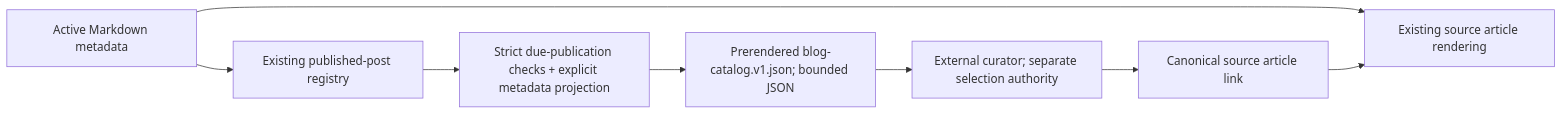
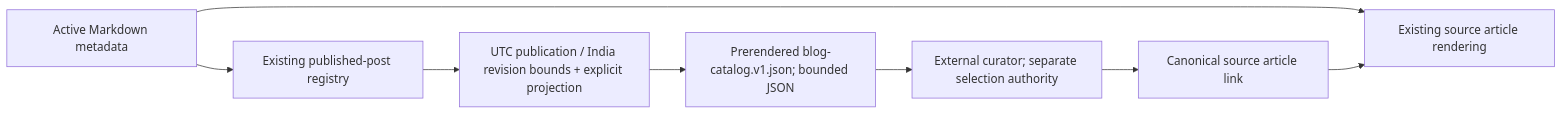
One commit to suvrotica/suvroghosh-in changed the sixth of 37 diagrams in docs/architecture/ARCHITECTURE.md. Above: the diagram before and after it, drawn with Mermaid. The commit also changed other lines of this file and 19 other files, not shown here.

````diff
--- a/docs/architecture/ARCHITECTURE.md
+++ b/docs/architecture/ARCHITECTURE.md
@@ -316,10 +356,10 @@
 ```mermaid
 flowchart LR
     Posts["Active Markdown metadata"] --> Registry["Existing published-post registry"]
-    Registry --> Projection["Strict due-publication checks + explicit metadata projection"]
+    Registry --> Projection["UTC publication / India revision bounds + explicit projection"]
     Projection --> Catalog["Prerendered blog-catalog.v1.json; bounded JSON"]
     Catalog --> Consumer["External curator; separate selection authority"]
     Consumer --> Link["Canonical source article link"]
     Posts --> Article["Existing source article rendering"]
     Link --> Article
 ```
````
